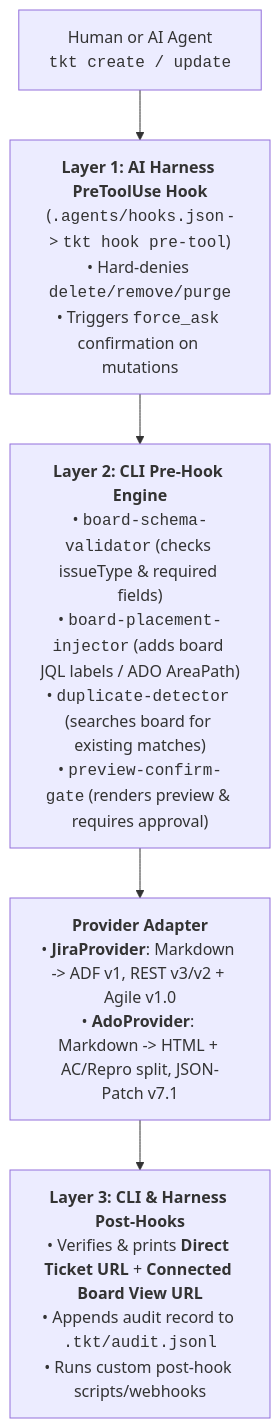
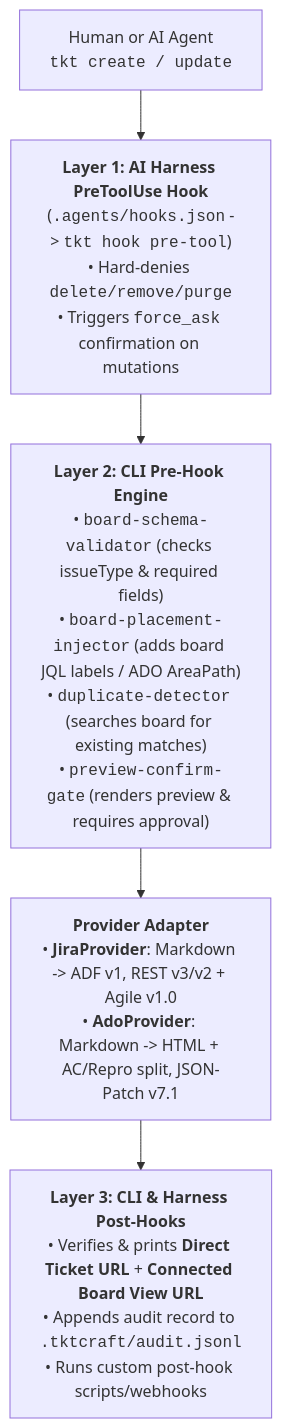
The diagram in README.md (sandrinio/tktcraft), drawn with Mermaid before and after one commit. The commit also changed other lines of this file and 35 other files, not shown here.

````diff
--- a/README.md
+++ b/README.md
@@ -50,7 +106,7 @@
 ```mermaid
 flowchart TD
     UserOrAI["Human or AI Agent<br/><code>tkt create / update</code>"] --> HarnessPre["<b>Layer 1: AI Harness PreToolUse Hook</b><br/>(<code>.agents/hooks.json</code> -> <code>tkt hook pre-tool</code>)<br/>• Hard-denies <code>delete/remove/purge</code><br/>• Triggers <code>force_ask</code> confirmation on mutations"]
     HarnessPre --> CliPre["<b>Layer 2: CLI Pre-Hook Engine</b><br/>• <code>board-schema-validator</code> (checks issueType & required fields)<br/>• <code>board-placement-injector</code> (adds board JQL labels / ADO AreaPath)<br/>• <code>duplicate-detector</code> (searches board for existing matches)<br/>• <code>preview-confirm-gate</code> (renders preview & requires approval)"]
     CliPre --> Provider["<b>Provider Adapter</b><br/>• <b>JiraProvider</b>: Markdown -> ADF v1, REST v3/v2 + Agile v1.0<br/>• <b>AdoProvider</b>: Markdown -> HTML + AC/Repro split, JSON-Patch v7.1"]
-    Provider --> CliPost["<b>Layer 3: CLI & Harness Post-Hooks</b><br/>• Verifies & prints <b>Direct Ticket URL</b> + <b>Connected Board View URL</b><br/>• Appends audit record to <code>.tkt/audit.jsonl</code><br/>• Runs custom post-hook scripts/webhooks"]
+    Provider --> CliPost["<b>Layer 3: CLI & Harness Post-Hooks</b><br/>• Verifies & prints <b>Direct Ticket URL</b> + <b>Connected Board View URL</b><br/>• Appends audit record to <code>.tktcraft/audit.jsonl</code><br/>• Runs custom post-hook scripts/webhooks"]
 ```
````
